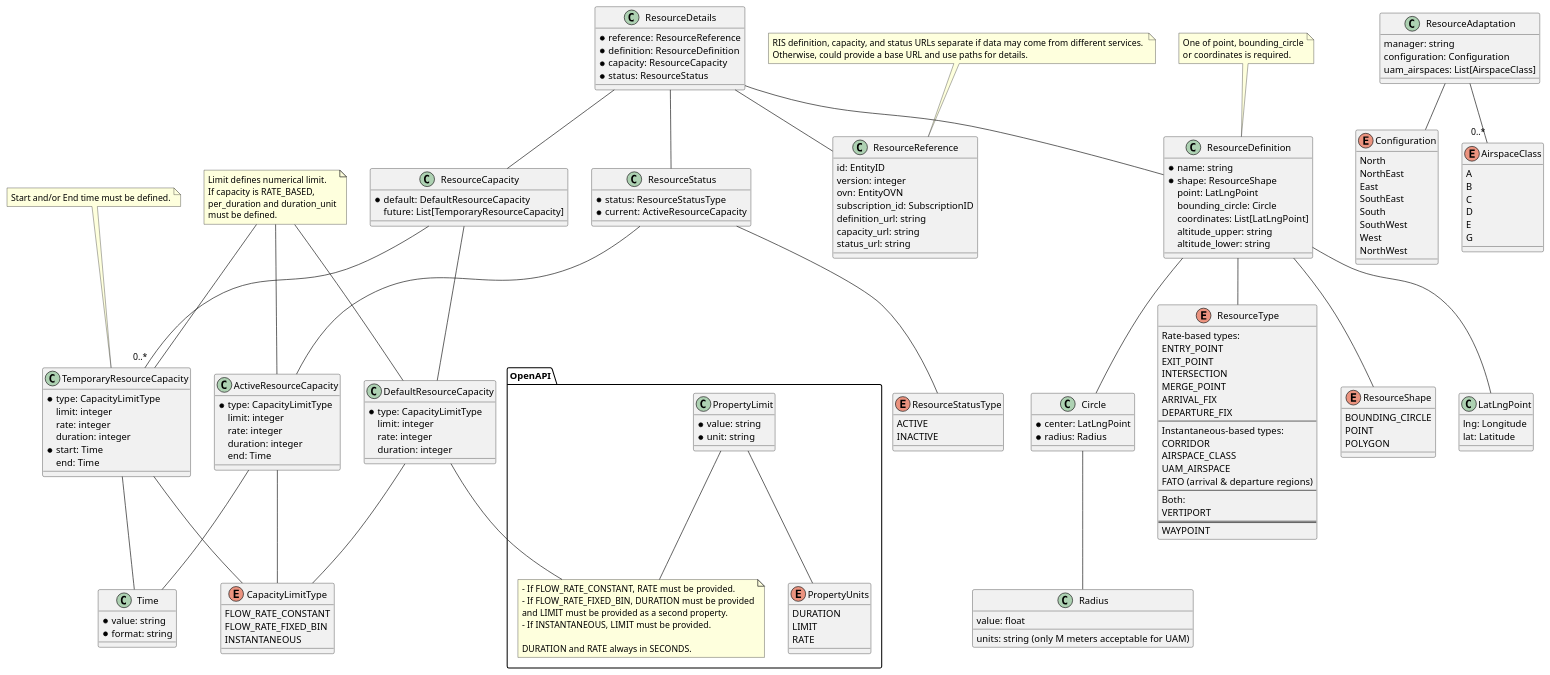
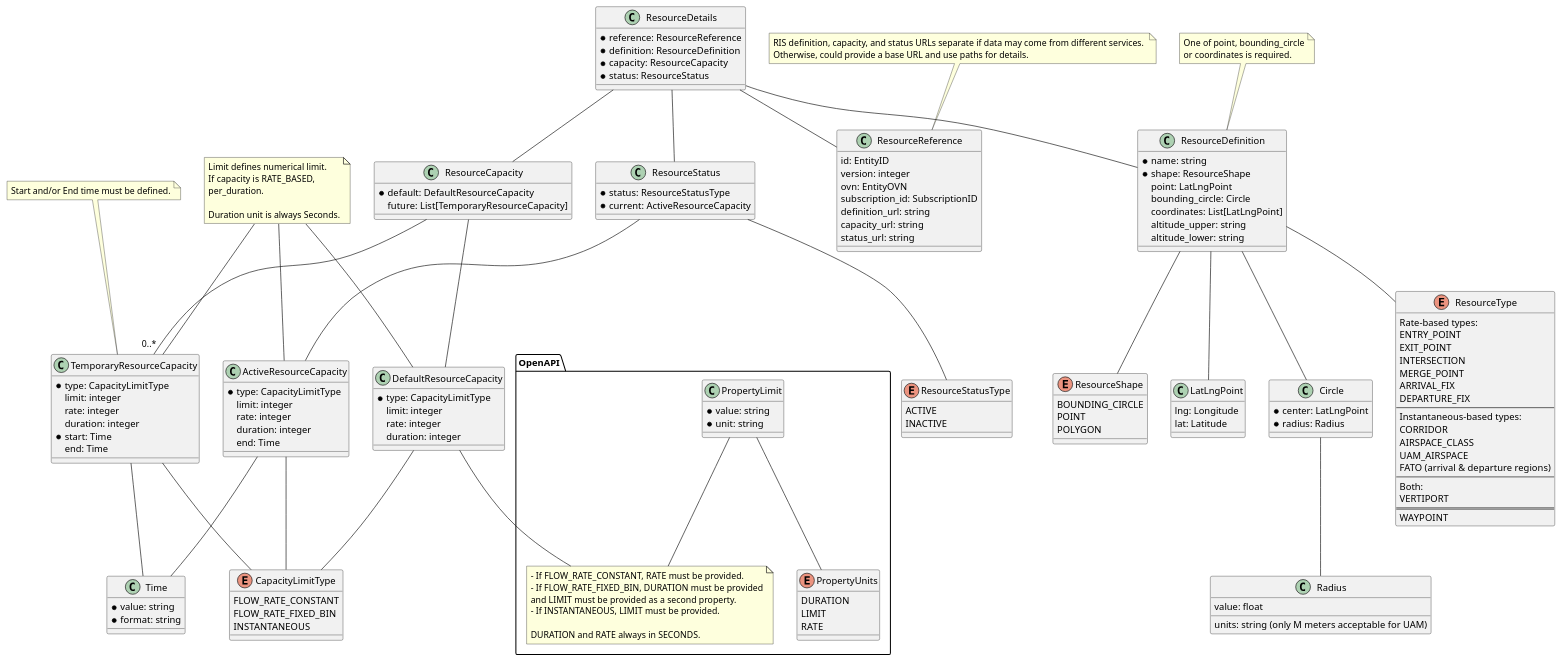
One commit to JaqpottCTO/ASTM_UTMAPI changed the diagram in RIS/ResourceDetails.puml. Above: the diagram before and after it, drawn with PlantUML.

Commit message:
Remove resource definition details and change duration to seconds always

```diff
--- a/RIS/ResourceDetails.puml
+++ b/RIS/ResourceDetails.puml
@@ -177,36 +177,10 @@
     altitude_lower: string
 }
 
-class ResourceAdaptation {
-    manager: string
-    configuration: Configuration
-    uam_airspaces: List[AirspaceClass]
-}
-enum Configuration {
-    North
-    NorthEast
-    East
-    SouthEast
-    South
-    SouthWest
-    West
-    NorthWest
-}
-enum AirspaceClass {
-    A
-    B
-    C
-    D
-    E
-    G
-}
-ResourceAdaptation -- Configuration
-ResourceAdaptation -- "0..*" AirspaceClass
-
 note "One of point, bounding_circle\nor coordinates is required." as N_SHAPE
 N_SHAPE -- ResourceDefinition
 
-note "Limit defines numerical limit.\nIf capacity is RATE_BASED,\nper_duration and duration_unit\nmust be defined."  as N_CAP_TYPE
+note "Limit defines numerical limit.\nIf capacity is RATE_BASED,\nper_duration.\n\nDuration unit is always Seconds."  as N_CAP_TYPE
 N_CAP_TYPE -- DefaultResourceCapacity
 N_CAP_TYPE -- TemporaryResourceCapacity
 N_CAP_TYPE -- ActiveResourceCapacity
```
